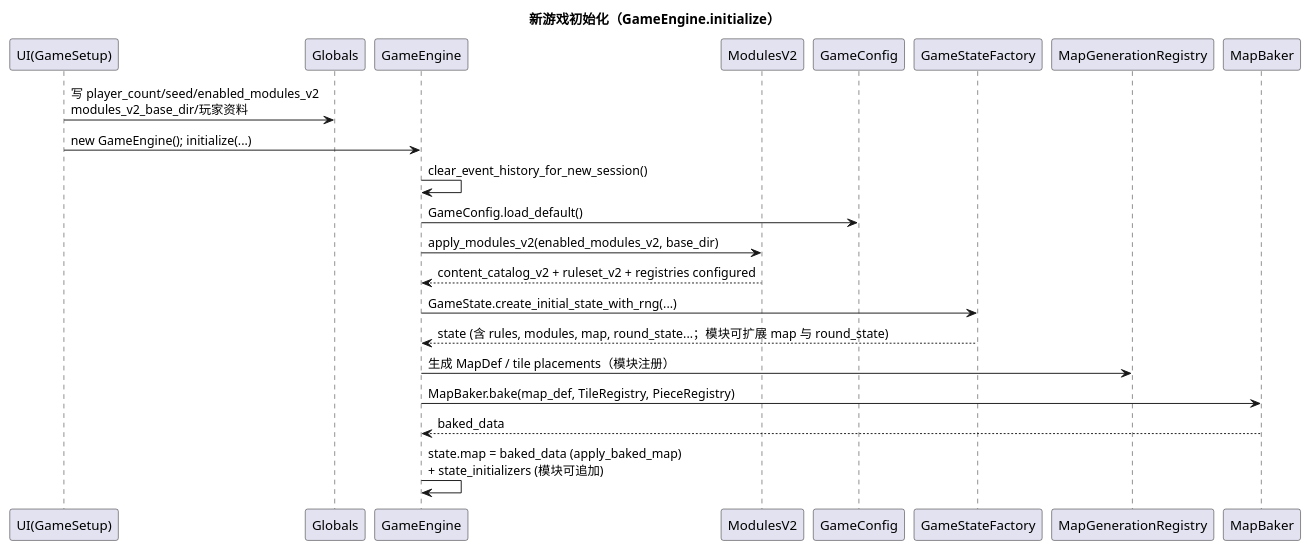
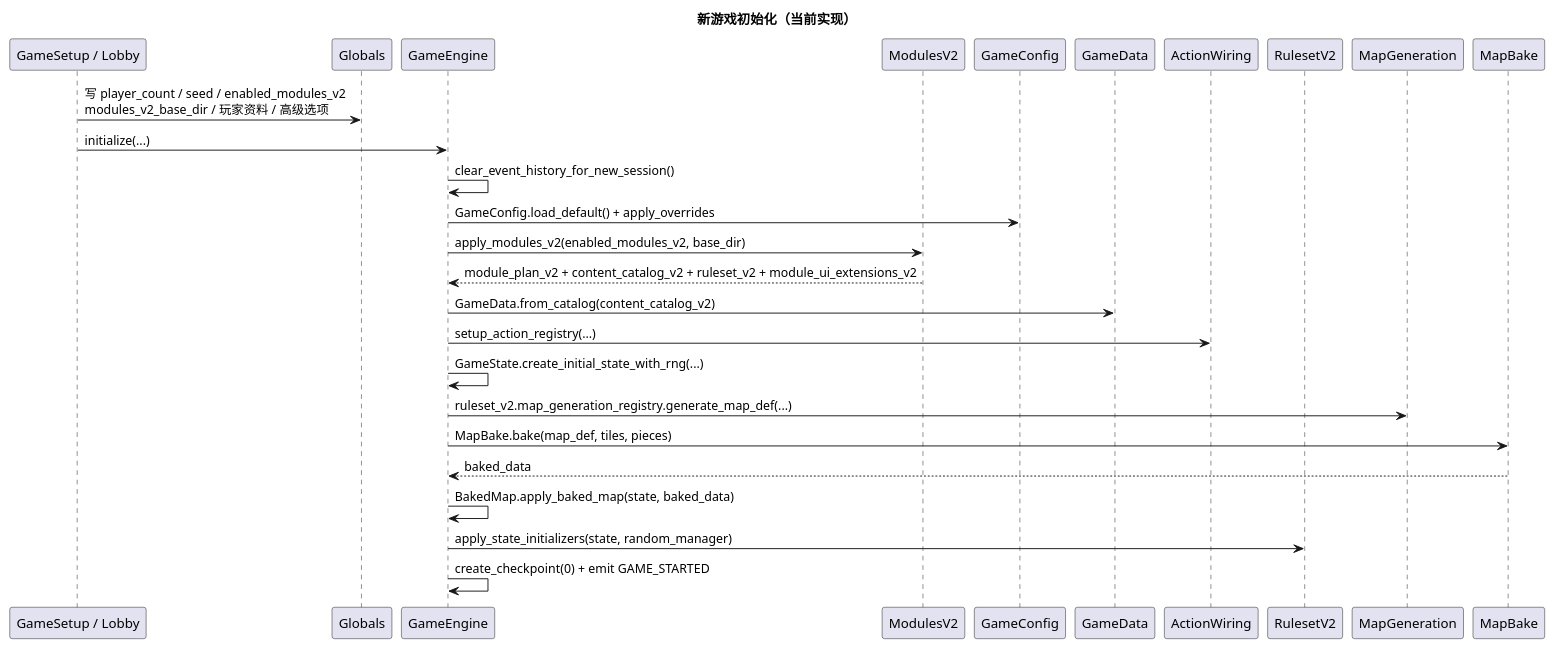
One commit to ygowill/food_chain_magnate changed the first of 2 diagrams in docs/architecture/00-system-overview.md. Above: the diagram before and after it, drawn with PlantUML. The commit also changed other lines of this file and 82 other files, not shown here.

Commit message:
docs: reorganize documentation structure and refresh architecture docs

````diff
--- a/docs/architecture/00-system-overview.md
+++ b/docs/architecture/00-system-overview.md
@@ -50,30 +48,32 @@
 ```plantuml
 @startuml
-title 新游戏初始化（GameEngine.initialize）
+title 新游戏初始化（当前实现）
 
-participant "UI(GameSetup)" as UI
+participant "GameSetup / Lobby" as UI
 participant "Globals" as G
 participant "GameEngine" as GE
 participant "ModulesV2" as M
 participant "GameConfig" as CFG
-participant "GameStateFactory" as F
-participant "MapGenerationRegistry" as MG
-participant "MapBaker" as MB
+participant "GameData" as GD
+participant "ActionWiring" as AW
+participant "RulesetV2" as RS
+participant "MapGeneration" as MG
+participant "MapBake" as MB
 
-UI -> G : 写 player_count/seed/enabled_modules_v2\nmodules_v2_base_dir/玩家资料
-UI -> GE : new GameEngine(); initialize(...)
-
+UI -> G : 写 player_count / seed / enabled_modules_v2\nmodules_v2_base_dir / 玩家资料 / 高级选项
+UI -> GE : initialize(...)
 GE -> GE : clear_event_history_for_new_session()
-GE -> CFG : GameConfig.load_default()
+GE -> CFG : GameConfig.load_default() + apply_overrides
 GE -> M : apply_modules_v2(enabled_modules_v2, base_dir)
-M --> GE : content_catalog_v2 + ruleset_v2 + registries configured
-
-GE -> F : GameState.create_initial_state_with_rng(...)
-F --> GE : state (含 rules, modules, map, round_state...；模块可扩展 map 与 round_state)
-
-GE -> MG : 生成 MapDef / tile placements（模块注册）
-GE -> MB : MapBaker.bake(map_def, TileRegistry, PieceRegistry)
+M --> GE : module_plan_v2 + content_catalog_v2 + ruleset_v2 + module_ui_extensions_v2
+GE -> GD : GameData.from_catalog(content_catalog_v2)
+GE -> AW : setup_action_registry(...)
+GE -> GE : GameState.create_initial_state_with_rng(...)
+GE -> MG : ruleset_v2.map_generation_registry.generate_map_def(...)
+GE -> MB : MapBake.bake(map_def, tiles, pieces)
 MB --> GE : baked_data
-GE -> GE : state.map = baked_data (apply_baked_map)\n+ state_initializers (模块可追加)
+GE -> GE : BakedMap.apply_baked_map(state, baked_data)
+GE -> RS : apply_state_initializers(state, random_manager)
+GE -> GE : create_checkpoint(0) + emit GAME_STARTED
 @enduml
 ```
````
